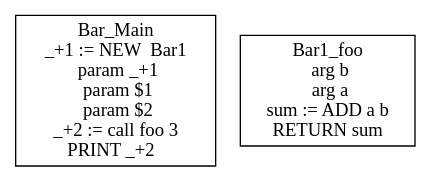
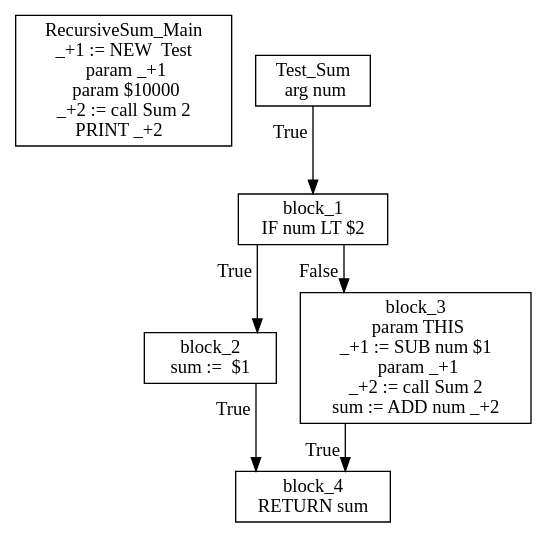
One commit to AvanaPY/DV1655_Lab1 changed the diagram in IR.dot. Above: the diagram before and after it, drawn with Graphviz. The commit also changed 13 other files, not shown here.

```diff
--- a/IR.dot
+++ b/IR.dot
@@ -1,6 +1,15 @@
 digraph {
   graph [splines=ortho]
   node [shape=box]
-  Bar_Main [label="Bar_Main\n_+1 := NEW  Bar1\n  param _+1\n  param $1\n  param $2\n_+2 := call foo 3\nPRINT _+2  \n"];
-  Bar1_foo [label="Bar1_foo\n  arg b\n  arg a\nsum := ADD a b\nRETURN sum\n"];
+  RecursiveSum_Main [label="RecursiveSum_Main\n_+1 := NEW  Test\n  param _+1\n  param $10000\n_+2 := call Sum 2\nPRINT _+2  \n"];
+  Test_Sum [label="Test_Sum\n  arg num\n"];
+  Test_Sum -> block_1[xlabel="True"];
+  block_1 [label="block_1\nIF num LT $2\n"];
+  block_1 -> block_2[xlabel="True"];
+  block_2 [label="block_2\nsum :=  $1 \n"];
+  block_2 -> block_4[xlabel="True"];
+  block_4 [label="block_4\nRETURN sum\n"];
+  block_1 -> block_3[xlabel="False"];
+  block_3 [label="block_3\n  param THIS\n_+1 := SUB num $1\n  param _+1\n_+2 := call Sum 2\nsum := ADD num _+2\n"];
+  block_3 -> block_4[xlabel="True"];
 }
```
